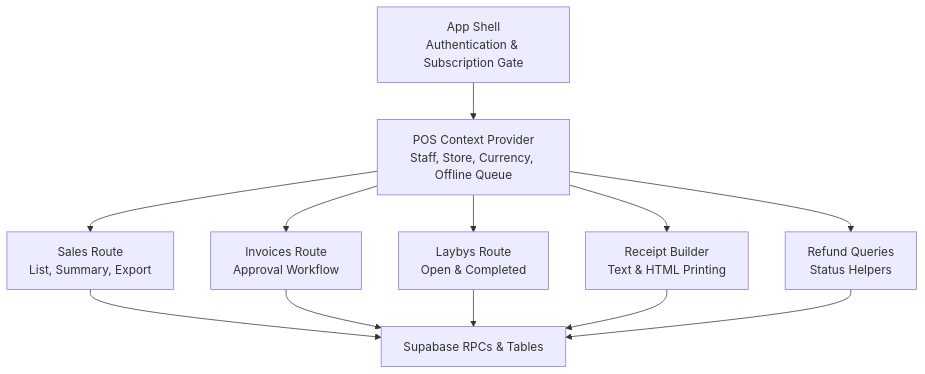
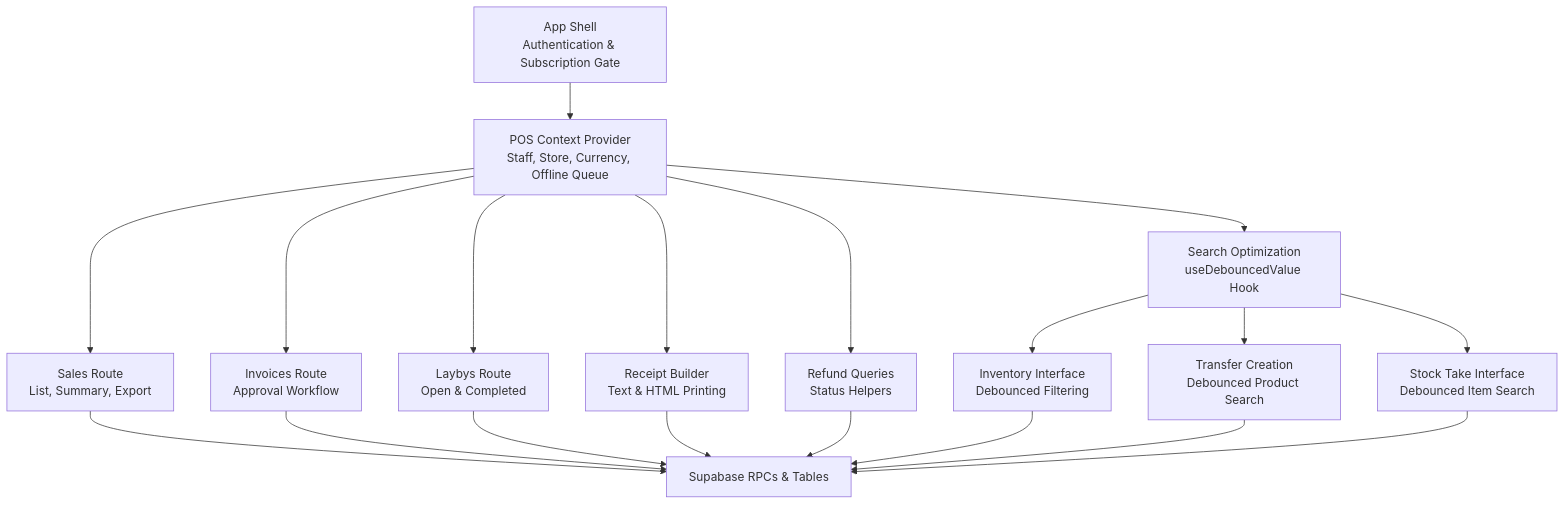
Before and after one commit to themclloyd/storq: the first of 11 diagrams in .qoder/repowiki/en/content/Point of Sale System/Point of Sale System.md, drawn with Mermaid. The commit also changed other lines of this file and 45 other files, not shown here.

First line of the commit message:
feat(database): enhance POS schema with security and retail operations

````diff
--- a/.qoder/repowiki/en/content/Point of Sale System/Point of Sale System.md
+++ b/.qoder/repowiki/en/content/Point of Sale System/Point of Sale System.md
@@ -52,14 +66,21 @@
 ```mermaid
 graph TB
 App["App Shell<br/>Authentication & Subscription Gate"] --> PosCtx["POS Context Provider<br/>Staff, Store, Currency, Offline Queue"]
 PosCtx --> SalesRoute["Sales Route<br/>List, Summary, Export"]
 PosCtx --> InvoicesRoute["Invoices Route<br/>Approval Workflow"]
 PosCtx --> LaybysRoute["Laybys Route<br/>Open & Completed"]
 PosCtx --> Receipts["Receipt Builder<br/>Text & HTML Printing"]
 PosCtx --> Refunds["Refund Queries<br/>Status Helpers"]
+PosCtx --> SearchOpt["Search Optimization<br/>useDebouncedValue Hook"]
+SearchOpt --> Inventory["Inventory Interface<br/>Debounced Filtering"]
+SearchOpt --> Transfers["Transfer Creation<br/>Debounced Product Search"]
+SearchOpt --> StockTake["Stock Take Interface<br/>Debounced Item Search"]
 SalesRoute --> DB["Supabase RPCs & Tables"]
 InvoicesRoute --> DB
 LaybysRoute --> DB
 Receipts --> DB
 Refunds --> DB
+Inventory --> DB
+Transfers --> DB
+StockTake --> DB
 ```
````
